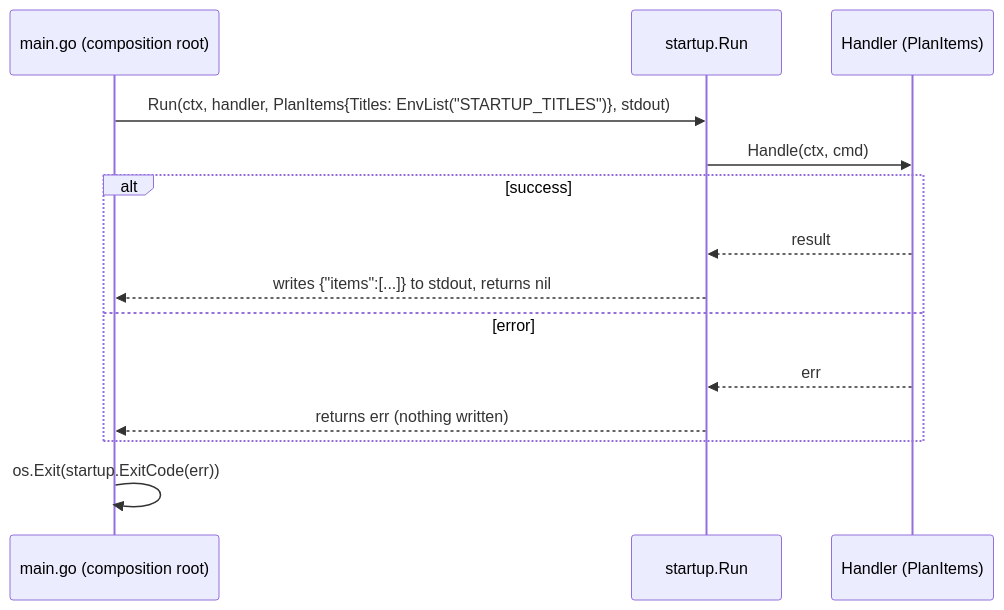
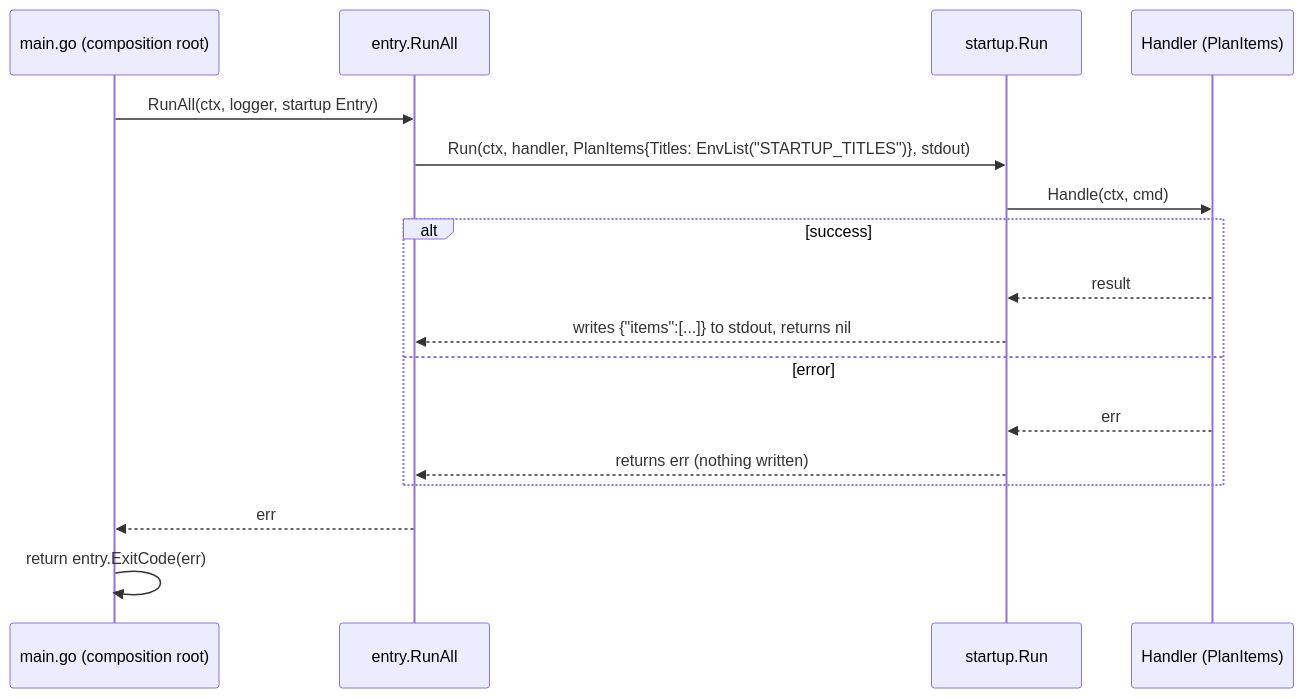
The diagram in library/architecture/go/base-plateau-in-go.skill/glossary/startup-entry.md (InsonusK/ai-skills), drawn with Mermaid before and after one commit. The commit also changed other lines of this file and 105 other files, not shown here.

First line of the commit message:
feat(architecture): health variation point on the management port; one runner for every entry point

````diff
--- a/library/architecture/go/base-plateau-in-go.skill/glossary/startup-entry.md
+++ b/library/architecture/go/base-plateau-in-go.skill/glossary/startup-entry.md
@@ -24,16 +24,19 @@
 ```mermaid
 sequenceDiagram
     participant M as main.go (composition root)
+    participant R as entry.RunAll
     participant S as startup.Run
     participant H as Handler (PlanItems)
-    M->>S: Run(ctx, handler, PlanItems{Titles: EnvList("STARTUP_TITLES")}, stdout)
+    M->>R: RunAll(ctx, logger, startup Entry)
+    R->>S: Run(ctx, handler, PlanItems{Titles: EnvList("STARTUP_TITLES")}, stdout)
     S->>H: Handle(ctx, cmd)
     alt success
         H-->>S: result
-        S-->>M: writes {"items":[...]} to stdout, returns nil
+        S-->>R: writes {"items":[...]} to stdout, returns nil
     else error
         H-->>S: err
-        S-->>M: returns err (nothing written)
+        S-->>R: returns err (nothing written)
     end
-    M->>M: os.Exit(startup.ExitCode(err))
+    R-->>M: err
+    M->>M: return entry.ExitCode(err)
 ```
````
